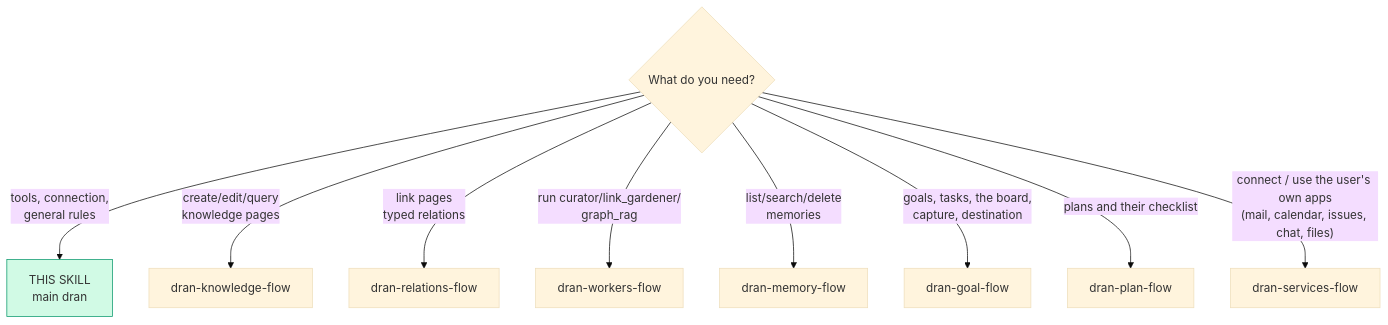
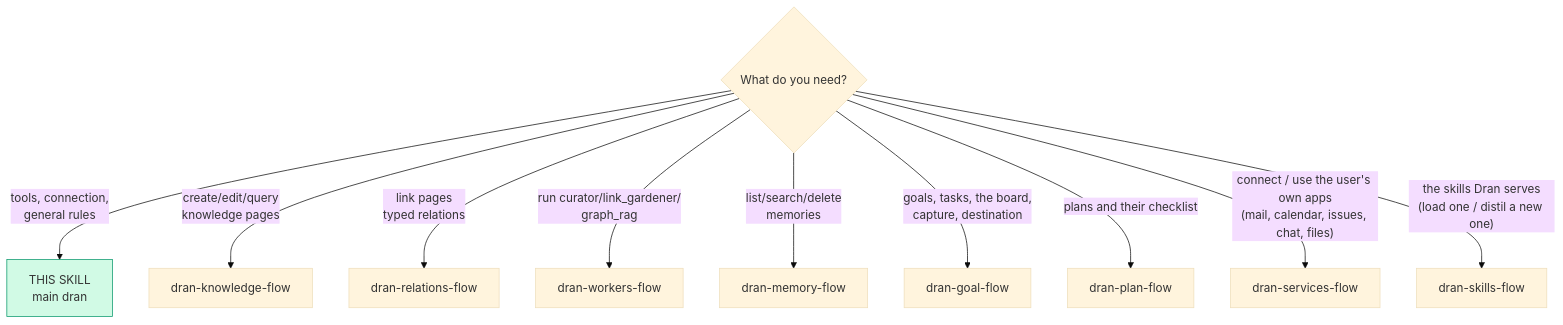
The first of 3 diagrams in skills/dran/SKILL.md (alvarolizama/dran), drawn with Mermaid (base theme) before and after one commit. The commit also changed other lines of this file and 10 other files, not shown here.

````diff
--- a/skills/dran/SKILL.md
+++ b/skills/dran/SKILL.md
@@ -29,16 +29,18 @@
 ```mermaid
 flowchart TD
   Q{What do you need?} -->|"tools, connection,\ngeneral rules"| SELF["THIS SKILL\nmain dran"]
   Q -->|"create/edit/query\nknowledge pages"| K[dran-knowledge-flow]
   Q -->|"link pages\ntyped relations"| R[dran-relations-flow]
   Q -->|"run curator/link_gardener/\ngraph_rag"| X[dran-workers-flow]
   Q -->|"list/search/delete\nmemories"| M[dran-memory-flow]
 
   Q -->|"goals, tasks, the board,\ncapture, destination"| W[dran-goal-flow]
 
   Q -->|"plans and their checklist"| PL[dran-plan-flow]
 
   Q -->|"connect / use the user's own apps\n(mail, calendar, issues, chat, files)"| SV[dran-services-flow]
 
+  Q -->|"the skills Dran serves\n(load one / distil a new one)"| SK[dran-skills-flow]
+
   style SELF fill:#d1fae5,stroke:#059669
 ```
````
